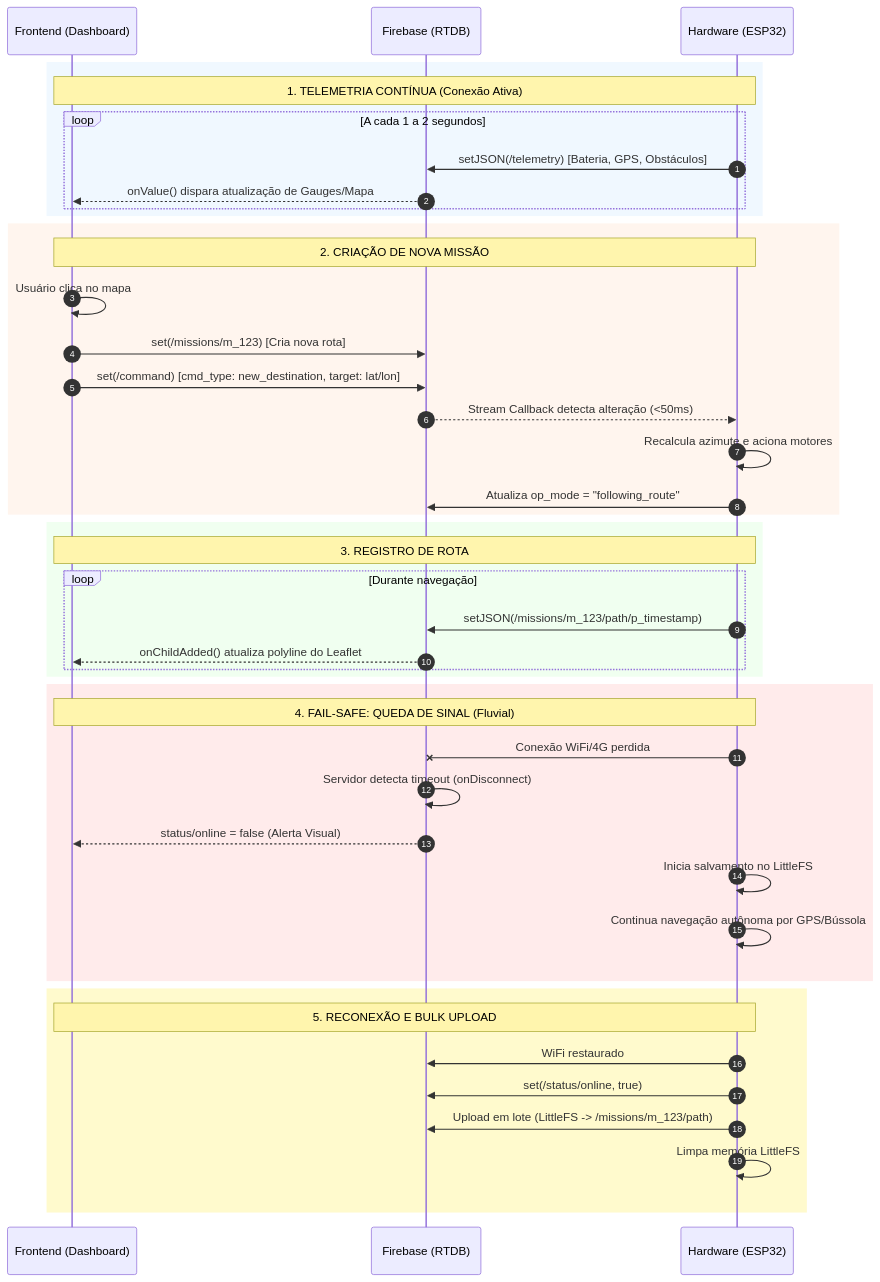
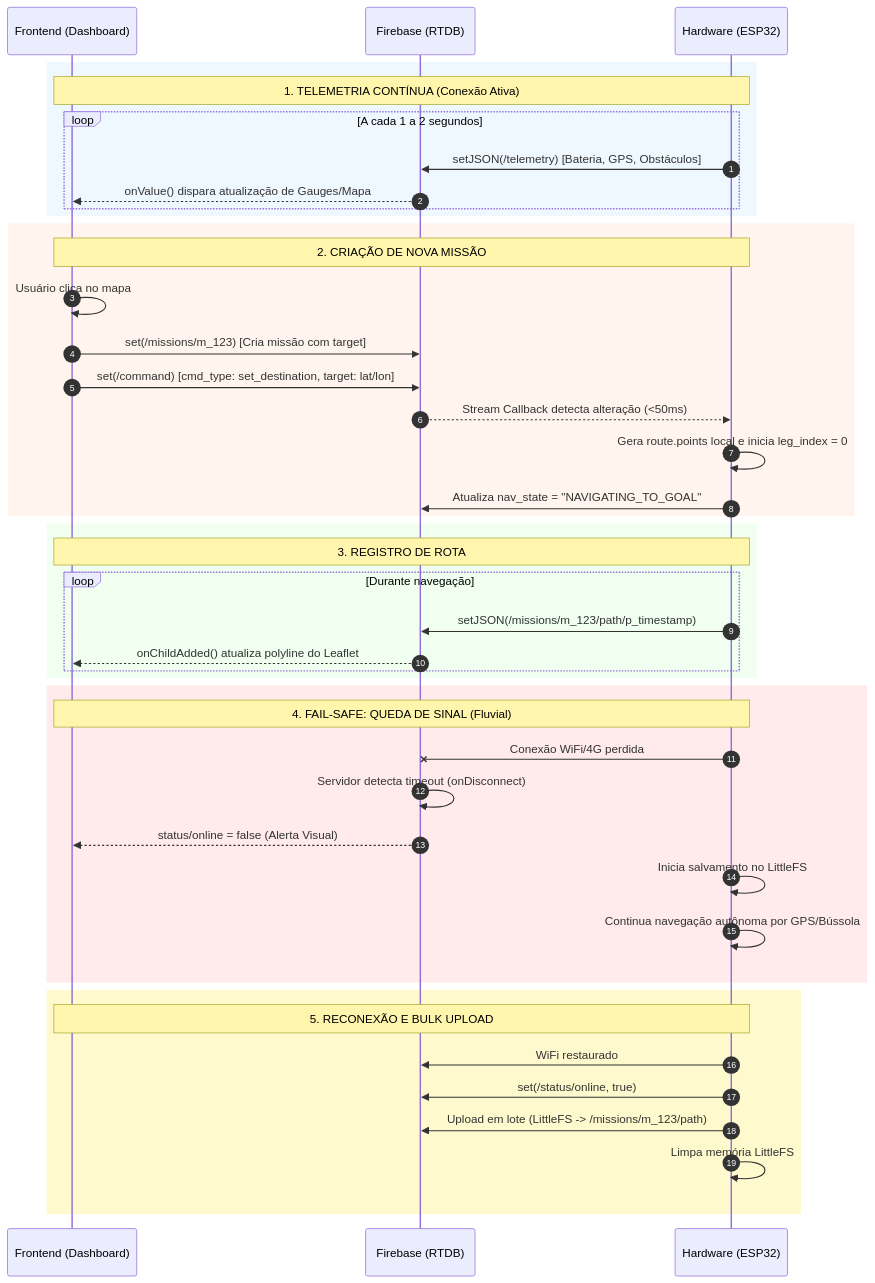
The second of 3 diagrams in README.md (Vandrekad/USVs-Drone-Fluvial-Autonomo), drawn with Mermaid before and after one commit. The commit also changed other lines of this file, not shown here.

Commit message:
Atualizando README.md com detalhes sobre a navegação autônoma, geração de waypoints e estrutura de missões

````diff
--- a/README.md
+++ b/README.md
@@ -106,50 +113,50 @@
 ```mermaid
 sequenceDiagram
     autonumber
     participant UI as Frontend (Dashboard)
     participant FB as Firebase (RTDB)
     participant HW as Hardware (ESP32)
 
     rect rgb(240, 248, 255)
         Note over UI,HW: 1. TELEMETRIA CONTÍNUA (Conexão Ativa)
         loop A cada 1 a 2 segundos
             HW->>FB: setJSON(/telemetry) [Bateria, GPS, Obstáculos]
             FB-->>UI: onValue() dispara atualização de Gauges/Mapa
         end
     end
 
     rect rgb(255, 245, 238)
         Note over UI,HW: 2. CRIAÇÃO DE NOVA MISSÃO
         UI->>UI: Usuário clica no mapa
-        UI->>FB: set(/missions/m_123) [Cria nova rota]
-        UI->>FB: set(/command) [cmd_type: new_destination, target: lat/lon]
+        UI->>FB: set(/missions/m_123) [Cria missão com target]
+        UI->>FB: set(/command) [cmd_type: set_destination, target: lat/lon]
         FB-->>HW: Stream Callback detecta alteração (<50ms)
-        HW->>HW: Recalcula azimute e aciona motores
-        HW->>FB: Atualiza op_mode = "following_route"
+        HW->>HW: Gera route.points local e inicia leg_index = 0
+        HW->>FB: Atualiza nav_state = "NAVIGATING_TO_GOAL"
     end
 
     rect rgb(240, 255, 240)
         Note over UI,HW: 3. REGISTRO DE ROTA
         loop Durante navegação
             HW->>FB: setJSON(/missions/m_123/path/p_timestamp)
             FB-->>UI: onChildAdded() atualiza polyline do Leaflet
         end
     end
 
     rect rgb(255, 235, 235)
         Note over UI,HW: 4. FAIL-SAFE: QUEDA DE SINAL (Fluvial)
         HW-xFB: Conexão WiFi/4G perdida
         FB->>FB: Servidor detecta timeout (onDisconnect)
         FB-->>UI: status/online = false (Alerta Visual)
         HW->>HW: Inicia salvamento no LittleFS
         HW->>HW: Continua navegação autônoma por GPS/Bússola
     end
 
     rect rgb(255, 250, 205)
         Note over UI,HW: 5. RECONEXÃO E BULK UPLOAD
         HW->>FB: WiFi restaurado
         HW->>FB: set(/status/online, true)
         HW->>FB: Upload em lote (LittleFS -> /missions/m_123/path)
         HW->>HW: Limpa memória LittleFS
     end
 ```
````
